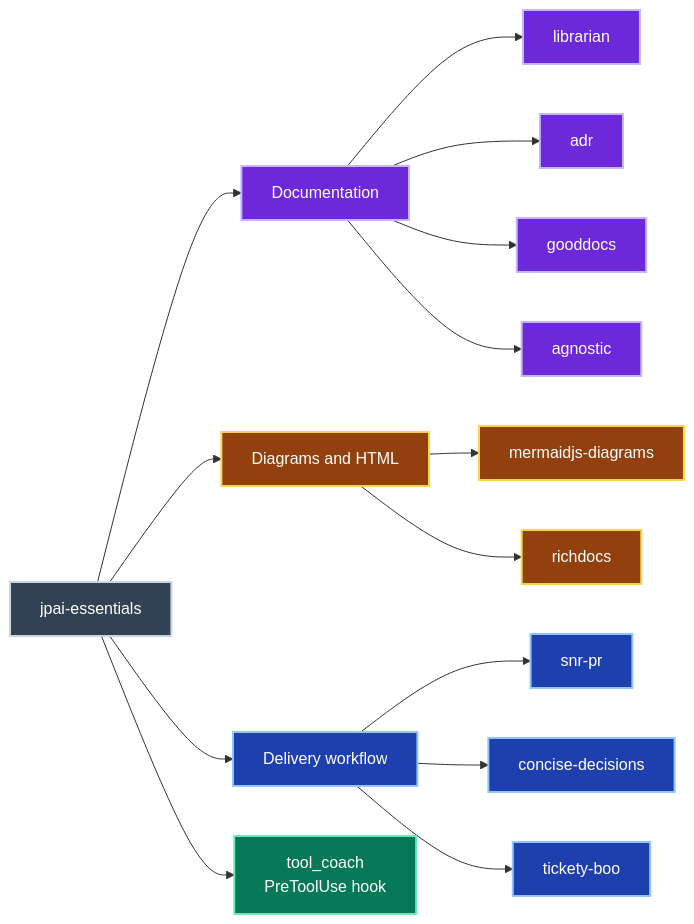
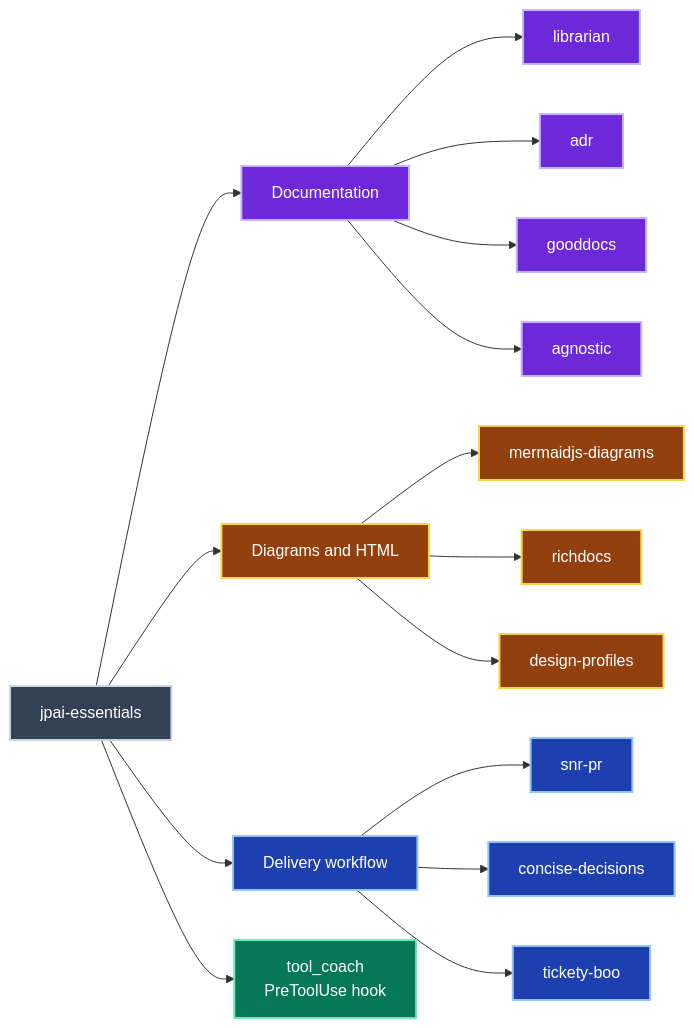
Before and after one commit to jpeakai/skills: the second of 2 diagrams in plugins/jpai-essentials/README.md, drawn with Mermaid. The commit also changed other lines of this file and 281 other files, not shown here.

Commit message:
feat: generate design profiles and unify diagram theming

````diff
--- a/plugins/jpai-essentials/README.md
+++ b/plugins/jpai-essentials/README.md
@@ -27,22 +27,23 @@
 ```mermaid
 flowchart LR
     P["jpai-essentials"]:::plugin
     P --> D["Documentation"]:::docs
     D --> L["librarian"]:::docs
     D --> A["adr"]:::docs
     D --> G["gooddocs"]:::docs
     D --> N["agnostic"]:::docs
     P --> V["Diagrams and HTML"]:::visual
     V --> M["mermaidjs-diagrams"]:::visual
     V --> R["richdocs"]:::visual
+    V --> DP["design-profiles"]:::visual
     P --> W["Delivery workflow"]:::delivery
     W --> S["snr-pr"]:::delivery
     W --> C["concise-decisions"]:::delivery
     W --> T["tickety-boo"]:::delivery
     P --> H["tool_coach<br/>PreToolUse hook"]:::hook
     classDef plugin fill:#334155,stroke:#cbd5e1,color:#ffffff,stroke-width:2px
     classDef docs fill:#6d28d9,stroke:#c4b5fd,color:#ffffff,stroke-width:2px
     classDef visual fill:#92400e,stroke:#fcd34d,color:#ffffff,stroke-width:2px
     classDef delivery fill:#1e40af,stroke:#93c5fd,color:#ffffff,stroke-width:2px
     classDef hook fill:#047857,stroke:#6ee7b7,color:#ffffff,stroke-width:2px
 ```
````
